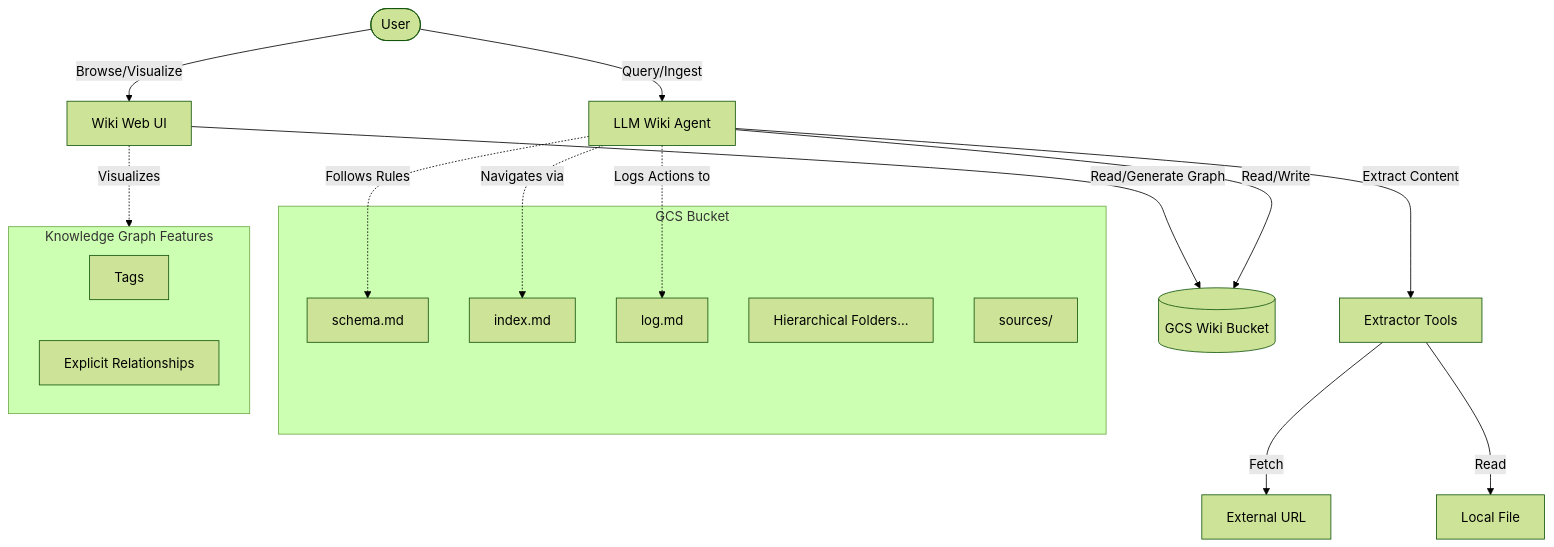
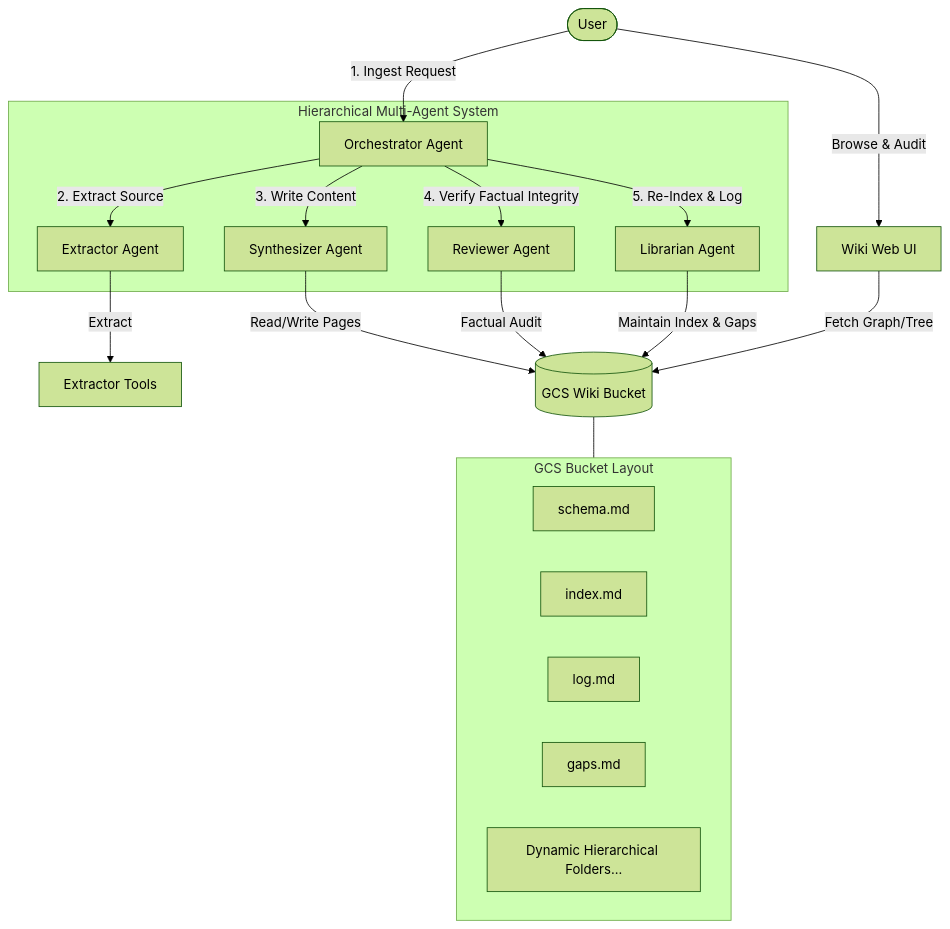
One commit to aagardezi/agentwiki-adk changed the diagram in README.md. Above: the diagram before and after it, drawn with Mermaid (forest theme). The commit also changed other lines of this file and 11 other files, not shown here.

````diff
--- a/README.md
+++ b/README.md
@@ -42,29 +44,29 @@
 ```mermaid
 graph TD
-    User([User]) -->|Query/Ingest| Agent[LLM Wiki Agent]
-    User -->|Browse/Visualize| UI[Wiki Web UI]
-    Agent -->|Read/Write| GCS[(GCS Wiki Bucket)]
-    UI -->|Read/Generate Graph| GCS
-    Agent -->|Extract Content| Ext[Extractor Tools]
-    Ext -->|Fetch| Web[External URL]
-    Ext -->|Read| File[Local File]
+    User([User]) -->|1. Ingest Request| Orch[Orchestrator Agent]
+    User -->|Browse & Audit| UI[Wiki Web UI]
+
+    subgraph multi_agent ["Hierarchical Multi-Agent System"]
+        Orch -->|2. Extract Source| Ext[Extractor Agent]
+        Orch -->|3. Write Content| Synth[Synthesizer Agent]
+        Orch -->|4. Verify Factual Integrity| Rev[Reviewer Agent]
+        Orch -->|5. Re-Index & Log| Lib[Librarian Agent]
+    end
+
+    Ext -->|Extract| ExtTools[Extractor Tools]
+    Synth -->|Read/Write Pages| GCS[(GCS Wiki Bucket)]
+    Rev -->|Factual Audit| GCS
+    Lib -->|Maintain Index & Gaps| GCS
     
-    subgraph gcs_bucket ["GCS Bucket"]
+    UI -->|Fetch Graph/Tree| GCS
+
+    subgraph gcs_bucket ["GCS Bucket Layout"]
         schema[schema.md]
         index[index.md]
         log[log.md]
-        folders[Hierarchical Folders...]
-        sources[sources/]
+        gaps[gaps.md]
+        hierarchy[Dynamic Hierarchical Folders...]
     end
-    
-    Agent -.->|Follows Rules| schema
-    Agent -.->|Navigates via| index
-    Agent -.->|Logs Actions to| log
-    
-    subgraph kg_features ["Knowledge Graph Features"]
-        Tags[Tags]
-        Rels[Explicit Relationships]
-    end
-    
-    UI -.->|Visualizes| kg_features
+
+    GCS --- gcs_bucket
 ```
````
